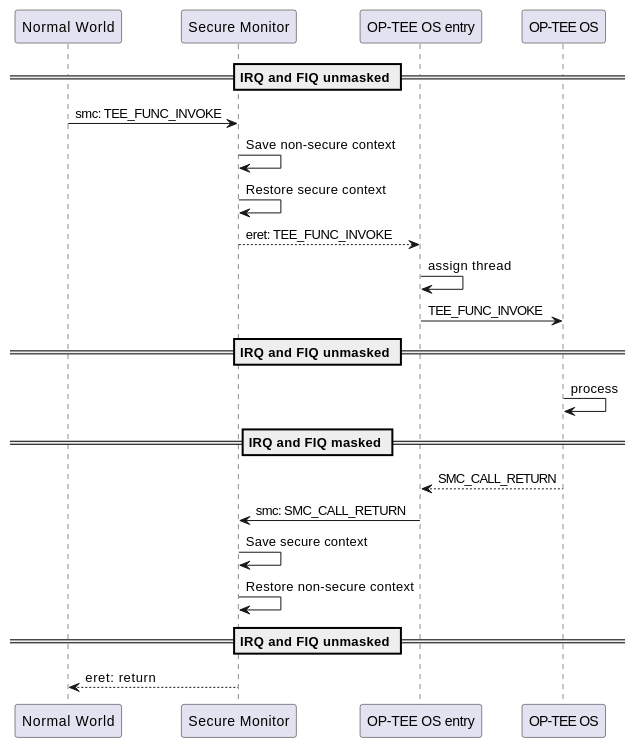
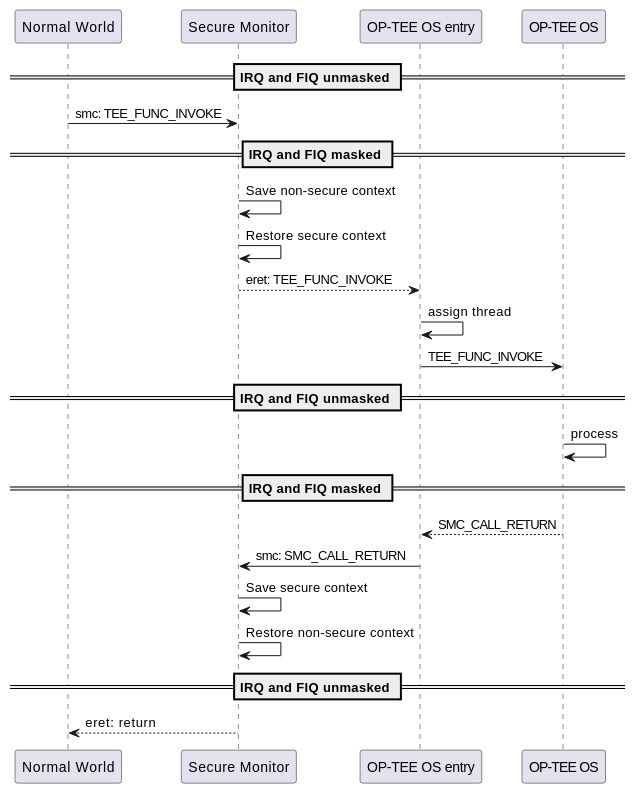
One commit to OP-TEE/optee_docs changed the first of 13 diagrams in architecture/core.rst. Above: the diagram before and after it, drawn with PlantUML.

Commit message:
architecture: core: fix interrupt mask label in sequence diagram
The diagram indicates that IRQ/FIQ are unmasked when entering
the Trusted OS, which is typically not the case.

This change updates the interrupt mask state labels in the sequence
diagram to be more accurate.

```diff
--- a/architecture/core.rst
+++ b/architecture/core.rst
@@ -152,24 +152,25 @@
 .. uml::
     :align: center
     :caption: SMC entry to secure world
 
     participant "Normal World" as nwd
     participant "Secure Monitor" as smon
     participant "OP-TEE OS entry" as entry
     participant "OP-TEE OS" as optee
     == IRQ and FIQ unmasked ==
     nwd -> smon : smc: TEE_FUNC_INVOKE
+    == IRQ and FIQ masked ==
     smon -> smon : Save non-secure context
     smon -> smon : Restore secure context
     smon --> entry : eret: TEE_FUNC_INVOKE
     entry -> entry : assign thread
     entry -> optee : TEE_FUNC_INVOKE
     == IRQ and FIQ unmasked ==
     optee -> optee : process
     == IRQ and FIQ masked ==
     optee --> entry : SMC_CALL_RETURN
     entry -> smon : smc: SMC_CALL_RETURN
     smon -> smon : Save secure context
     smon -> smon : Restore non-secure context
     == IRQ and FIQ unmasked ==
     smon --> nwd : eret: return
```
